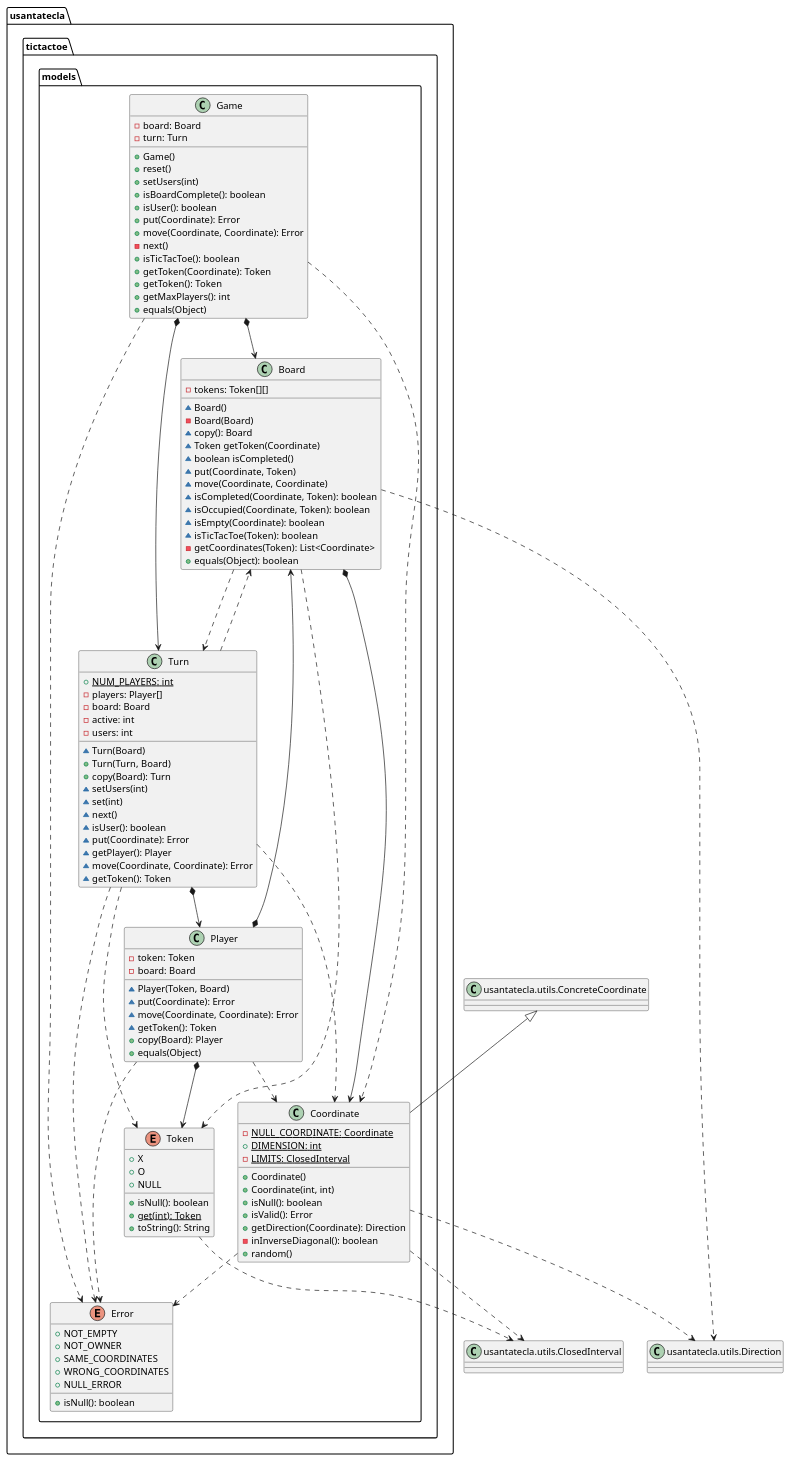
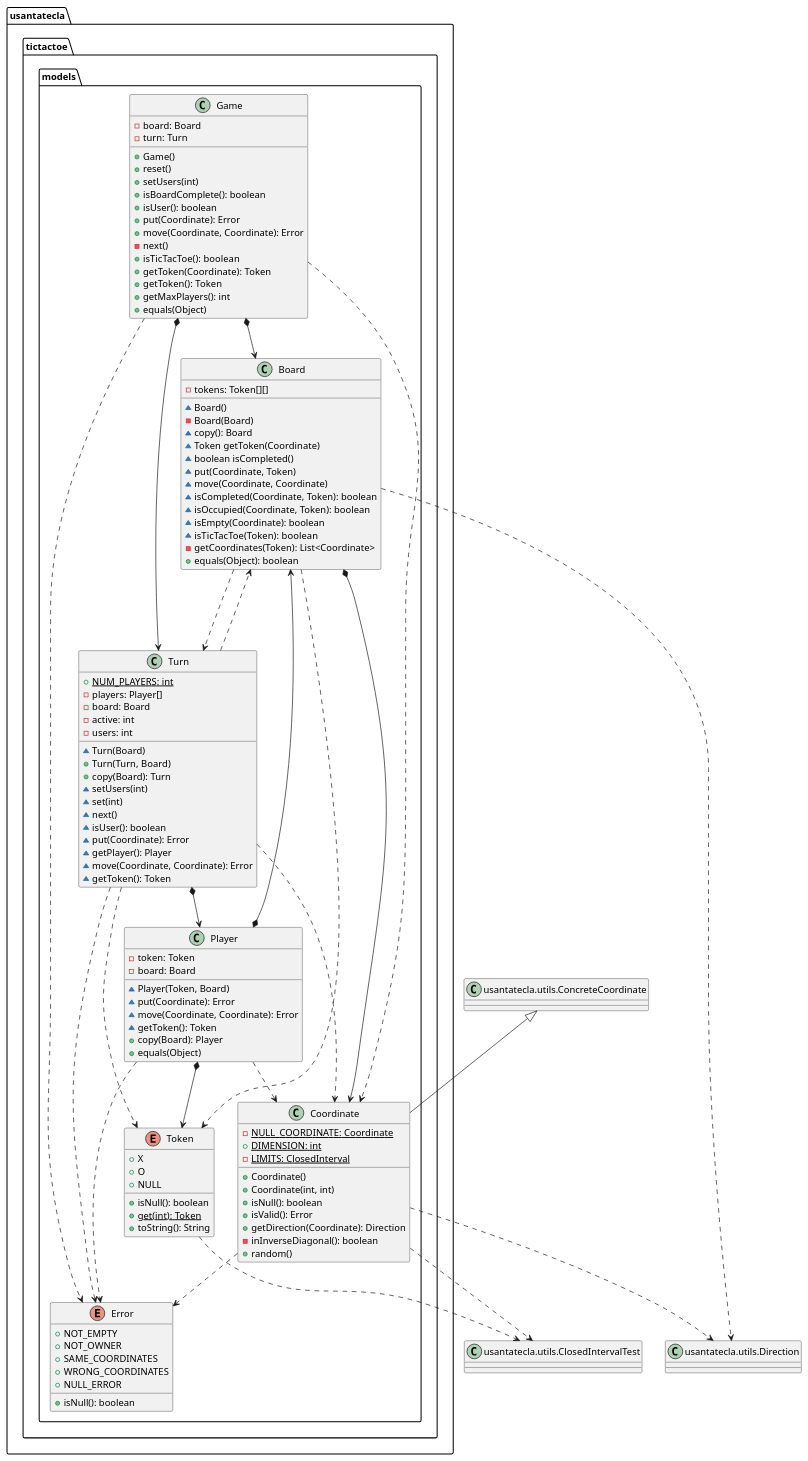
The fifth of 6 diagrams in documentView/withFactoryMethod/docs/diagrams/src/paquetes.plantuml (Jolucaa/USantaTecla-project-ticTacToe), drawn with PlantUML before and after one commit. The commit also changed other lines of this file and 12 other files, not shown here.

Commit message:
Tests domainModel usantatecla.utils implemented

```diff
--- a/documentView/withFactoryMethod/docs/diagrams/src/paquetes.plantuml
+++ b/documentView/withFactoryMethod/docs/diagrams/src/paquetes.plantuml
@@ -387,127 +387,127 @@
 @startuml tictactoe.models
 class  usantatecla.tictactoe.models.Board{
 - tokens: Token[][] 
 ~ Board()
 - Board(Board)
 ~ copy(): Board
 ~ Token getToken(Coordinate)
 ~ boolean isCompleted()
 ~ put(Coordinate, Token)
 ~ move(Coordinate, Coordinate)
 ~ isCompleted(Coordinate, Token): boolean
 ~ isOccupied(Coordinate, Token): boolean
 ~ isEmpty(Coordinate): boolean
 ~ isTicTacToe(Token): boolean
 - getCoordinates(Token): List<Coordinate> 
 + equals(Object): boolean
 }
 
-class ClosedInterval as "usantatecla.utils.ClosedInterval"
+class ClosedInterval as "usantatecla.utils.ClosedIntervalTest"
 class ConcreteCoordinate as "usantatecla.utils.ConcreteCoordinate"
 class Direction as "usantatecla.utils.Direction"
 
 usantatecla.tictactoe.models.Board *-down-> usantatecla.tictactoe.models.Coordinate
 usantatecla.tictactoe.models.Board ..> usantatecla.tictactoe.models.Token
 usantatecla.tictactoe.models.Board ..> usantatecla.tictactoe.models.Turn
 usantatecla.tictactoe.models.Board ..> Direction
 
 class  usantatecla.tictactoe.models.Coordinate{
 - {static} NULL_COORDINATE: Coordinate 
 + {static} DIMENSION: int 
 - {static} LIMITS: ClosedInterval 
 + Coordinate()
 + Coordinate(int, int)
 + isNull(): boolean 
 + isValid(): Error 
 + getDirection(Coordinate): Direction 
 - inInverseDiagonal(): boolean 
 + random()
 }
 ConcreteCoordinate <|-down- usantatecla.tictactoe.models.Coordinate
 usantatecla.tictactoe.models.Coordinate ..> usantatecla.tictactoe.models.Error
 usantatecla.tictactoe.models.Coordinate ..> Direction
 usantatecla.tictactoe.models.Coordinate ..> ClosedInterval
 
 enum  usantatecla.tictactoe.models.Error{
 + NOT_EMPTY
 + NOT_OWNER
 + SAME_COORDINATES
 + WRONG_COORDINATES
 + NULL_ERROR
 + isNull(): boolean 
 }
 
 class  usantatecla.tictactoe.models.Game{
 - board: Board 
 - turn: Turn
 + Game()
 + reset()
 + setUsers(int)
 + isBoardComplete(): boolean 
 + isUser(): boolean 
 + put(Coordinate): Error 
 + move(Coordinate, Coordinate): Error 
 - next()
 + isTicTacToe(): boolean 
 + getToken(Coordinate): Token 
 + getToken(): Token 
 + getMaxPlayers(): int 
 + equals(Object)
 }
 usantatecla.tictactoe.models.Game *-down-> usantatecla.tictactoe.models.Board
 usantatecla.tictactoe.models.Game *-down-> usantatecla.tictactoe.models.Turn
 usantatecla.tictactoe.models.Game ..> usantatecla.tictactoe.models.Coordinate
 usantatecla.tictactoe.models.Game ..> usantatecla.tictactoe.models.Error
 
 class  usantatecla.tictactoe.models.Player{
 - token: Token 
 - board: Board 
 ~ Player(Token, Board)
 ~ put(Coordinate): Error 
 ~ move(Coordinate, Coordinate): Error 
 ~ getToken(): Token 
 + copy(Board): Player
 + equals(Object)
 }
 usantatecla.tictactoe.models.Player *-down-> usantatecla.tictactoe.models.Token
 usantatecla.tictactoe.models.Player *-down-> usantatecla.tictactoe.models.Board
 usantatecla.tictactoe.models.Player ..> usantatecla.tictactoe.models.Coordinate
 usantatecla.tictactoe.models.Player ..> usantatecla.tictactoe.models.Error
 
 enum  usantatecla.tictactoe.models.Token{
 + X
 + O
 + NULL
 + isNull(): boolean 
 + {static} get(int): Token 
 + toString(): String
 }
 
 usantatecla.tictactoe.models.Token ..> ClosedInterval
 
 class  usantatecla.tictactoe.models.Turn{
 + {static} NUM_PLAYERS: int 
 - players: Player[] 
 - board: Board 
 - active: int 
 - users: int 
 ~ Turn(Board)
 + Turn(Turn, Board)
 + copy(Board): Turn
 ~ setUsers(int)
 ~ set(int)
 ~ next()
 ~ isUser(): boolean 
 ~ put(Coordinate): Error 
 ~ getPlayer(): Player 
 ~ move(Coordinate, Coordinate): Error 
 ~ getToken(): Token 
 }
 
 usantatecla.tictactoe.models.Turn *-down-> usantatecla.tictactoe.models.Player
 usantatecla.tictactoe.models.Turn ..down-> usantatecla.tictactoe.models.Board
 usantatecla.tictactoe.models.Turn ..down-> usantatecla.tictactoe.models.Token
 usantatecla.tictactoe.models.Turn ..down-> usantatecla.tictactoe.models.Coordinate
 usantatecla.tictactoe.models.Turn ..down-> usantatecla.tictactoe.models.Error
 
 @enduml
```
